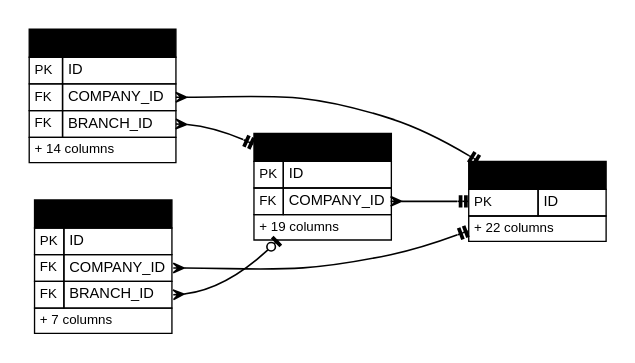
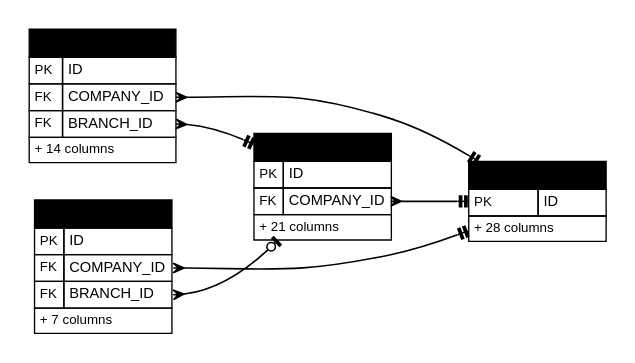
Before and after one commit to IortaTexhNXT-DEV/FinVerse: the diagram in docs/deliverables/src/programme/security_data/figures/erd/d03_organization.dot, drawn with Graphviz. The commit also changed 58 other files, not shown here.

```diff
--- a/docs/deliverables/src/programme/security_data/figures/erd/d03_organization.dot
+++ b/docs/deliverables/src/programme/security_data/figures/erd/d03_organization.dot
@@ -1,14 +1,14 @@
 digraph erd {
   graph [rankdir=LR, fontname="Arial", nodesep=0.3, ranksep=0.8, pad=0.2, bgcolor="white"];
   node [shape=plain, fontname="Arial"];
   edge [color="@CTA_BLUE", arrowsize=0.8, penwidth=1.2, dir=both];
-  "org_branch" [label=<<table border="0" cellborder="1" cellspacing="0" cellpadding="3" color="@BORDER"><tr><td bgcolor="@HEADER_BLUE" align="left" colspan="2"><font color="@WHITE" point-size="12"><b>ORG_BRANCH</b></font></td></tr><tr><td align="left"><font point-size="10" color="@MUTED">PK</font></td><td align="left" port="id"><font point-size="11">ID</font></td></tr><tr><td align="left"><font point-size="10" color="@MUTED">FK</font></td><td align="left" port="company_id"><font point-size="11">COMPANY_ID</font></td></tr><tr><td colspan="2" align="left"><font point-size="10" color="@MUTED">+ 19 columns</font></td></tr></table>>];
-  "org_company" [label=<<table border="0" cellborder="1" cellspacing="0" cellpadding="3" color="@BORDER"><tr><td bgcolor="@HEADER_BLUE" align="left" colspan="2"><font color="@WHITE" point-size="12"><b>ORG_COMPANY</b></font></td></tr><tr><td align="left"><font point-size="10" color="@MUTED">PK</font></td><td align="left" port="id"><font point-size="11">ID</font></td></tr><tr><td colspan="2" align="left"><font point-size="10" color="@MUTED">+ 22 columns</font></td></tr></table>>];
+  "org_branch" [label=<<table border="0" cellborder="1" cellspacing="0" cellpadding="3" color="@BORDER"><tr><td bgcolor="@HEADER_BLUE" align="left" colspan="2"><font color="@WHITE" point-size="12"><b>ORG_BRANCH</b></font></td></tr><tr><td align="left"><font point-size="10" color="@MUTED">PK</font></td><td align="left" port="id"><font point-size="11">ID</font></td></tr><tr><td align="left"><font point-size="10" color="@MUTED">FK</font></td><td align="left" port="company_id"><font point-size="11">COMPANY_ID</font></td></tr><tr><td colspan="2" align="left"><font point-size="10" color="@MUTED">+ 21 columns</font></td></tr></table>>];
+  "org_company" [label=<<table border="0" cellborder="1" cellspacing="0" cellpadding="3" color="@BORDER"><tr><td bgcolor="@HEADER_BLUE" align="left" colspan="2"><font color="@WHITE" point-size="12"><b>ORG_COMPANY</b></font></td></tr><tr><td align="left"><font point-size="10" color="@MUTED">PK</font></td><td align="left" port="id"><font point-size="11">ID</font></td></tr><tr><td colspan="2" align="left"><font point-size="10" color="@MUTED">+ 28 columns</font></td></tr></table>>];
   "org_employee" [label=<<table border="0" cellborder="1" cellspacing="0" cellpadding="3" color="@BORDER"><tr><td bgcolor="@HEADER_BLUE" align="left" colspan="2"><font color="@WHITE" point-size="12"><b>ORG_EMPLOYEE</b></font></td></tr><tr><td align="left"><font point-size="10" color="@MUTED">PK</font></td><td align="left" port="id"><font point-size="11">ID</font></td></tr><tr><td align="left"><font point-size="10" color="@MUTED">FK</font></td><td align="left" port="company_id"><font point-size="11">COMPANY_ID</font></td></tr><tr><td align="left"><font point-size="10" color="@MUTED">FK</font></td><td align="left" port="branch_id"><font point-size="11">BRANCH_ID</font></td></tr><tr><td colspan="2" align="left"><font point-size="10" color="@MUTED">+ 14 columns</font></td></tr></table>>];
   "org_holiday" [label=<<table border="0" cellborder="1" cellspacing="0" cellpadding="3" color="@BORDER"><tr><td bgcolor="@HEADER_BLUE" align="left" colspan="2"><font color="@WHITE" point-size="12"><b>ORG_HOLIDAY</b></font></td></tr><tr><td align="left"><font point-size="10" color="@MUTED">PK</font></td><td align="left" port="id"><font point-size="11">ID</font></td></tr><tr><td align="left"><font point-size="10" color="@MUTED">FK</font></td><td align="left" port="company_id"><font point-size="11">COMPANY_ID</font></td></tr><tr><td align="left"><font point-size="10" color="@MUTED">FK</font></td><td align="left" port="branch_id"><font point-size="11">BRANCH_ID</font></td></tr><tr><td colspan="2" align="left"><font point-size="10" color="@MUTED">+ 7 columns</font></td></tr></table>>];
   "org_branch":"company_id" -> "org_company" [arrowtail=crow, arrowhead=teetee];
   "org_employee":"branch_id" -> "org_branch" [arrowtail=crow, arrowhead=teetee];
   "org_employee":"company_id" -> "org_company" [arrowtail=crow, arrowhead=teetee];
   "org_holiday":"branch_id" -> "org_branch" [arrowtail=crow, arrowhead=teeodot];
   "org_holiday":"company_id" -> "org_company" [arrowtail=crow, arrowhead=teetee];
 }
```
